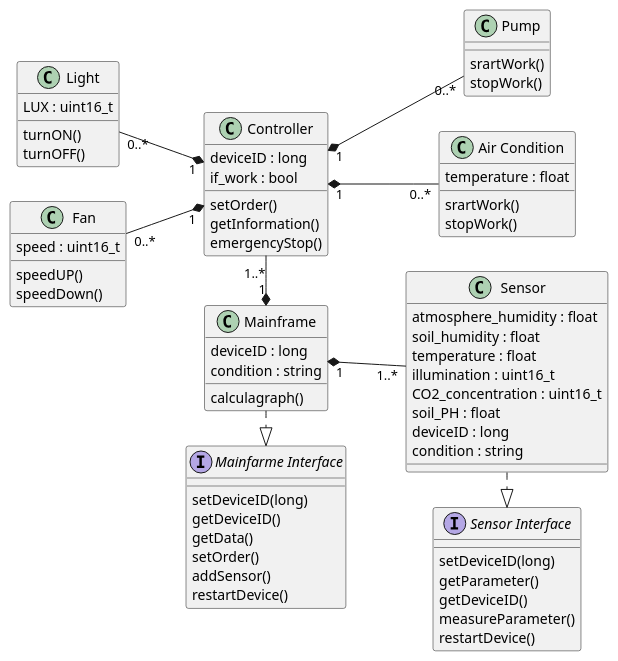
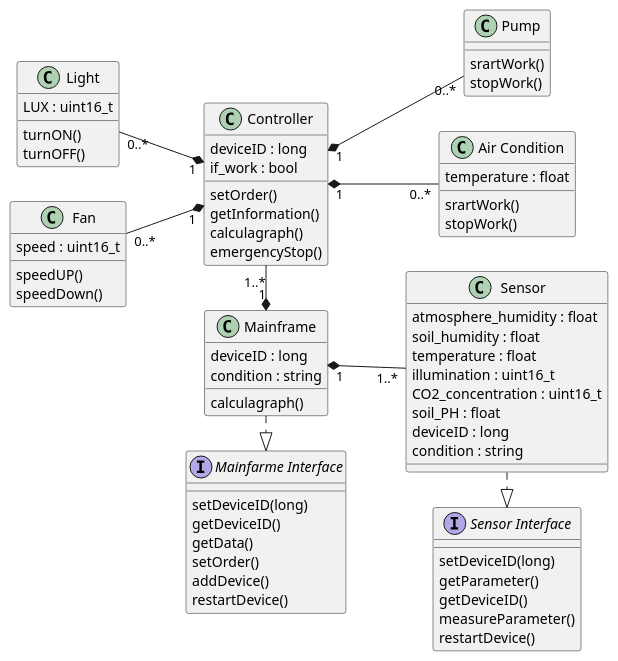
One commit to wzyskylake/Star-Fire changed the diagram in Design/SystemDesign/ClassDiagram_1.wsd. Above: the diagram before and after it, drawn with PlantUML. The commit also changed 4 other files, not shown here.

```diff
--- a/Design/SystemDesign/ClassDiagram_1.wsd
+++ b/Design/SystemDesign/ClassDiagram_1.wsd
@@ -1,82 +1,83 @@
 @startuml 主机与传感器类图
 left to right direction
 class "Sensor" as sensor {
     atmosphere_humidity : float
     soil_humidity : float
     temperature : float
     illumination : uint16_t
     ' uint16_t 即 unsigned short int
     CO2_concentration : uint16_t
     ' PPM
     soil_PH : float
     ' 唯一时间戳
     deviceID : long
     condition : string
 
 }
 
 interface "Sensor Interface" as sensor_I {
     setDeviceID(long)
     getParameter() 
     getDeviceID()
     measureParameter()
     restartDevice()
 }
 
 class "Mainframe" as mainframe {
     deviceID : long
     condition : string
     calculagraph()
 }
 
 interface "Mainfarme Interface" as mainframe_I {
     setDeviceID(long)
     getDeviceID()
     getData()
     setOrder()
-    addSensor()
+    addDevice()
     restartDevice()
 }
 
 class "Controller" as controller {
     deviceID : long
     if_work : bool 
     setOrder()
     getInformation()
+    calculagraph()
     emergencyStop()
 }
 class "Fan" as fan {
     speed : uint16_t
     speedUP()
     speedDown()
 }
 
 class "Light" as light {
     LUX : uint16_t
     turnON()
     turnOFF()
 }
 class "Pump" as pump {
     srartWork()
     stopWork()
 
 }
 
 class "Air Condition" as aircondition {
     temperature : float
     srartWork()
     stopWork()
 }
 
 sensor .right.|> sensor_I
 mainframe .right.|> mainframe_I
 
 controller "1" *-up- "0..*" fan
 controller "1" *-up- "0..*" light
 controller "1" *-- "0..*" pump
 controller "1" *-- "0..*" aircondition
 
 mainframe "1" *-- "1..*" sensor
 mainframe "1" *-left- "1..*" controller
 
 @enduml
```
